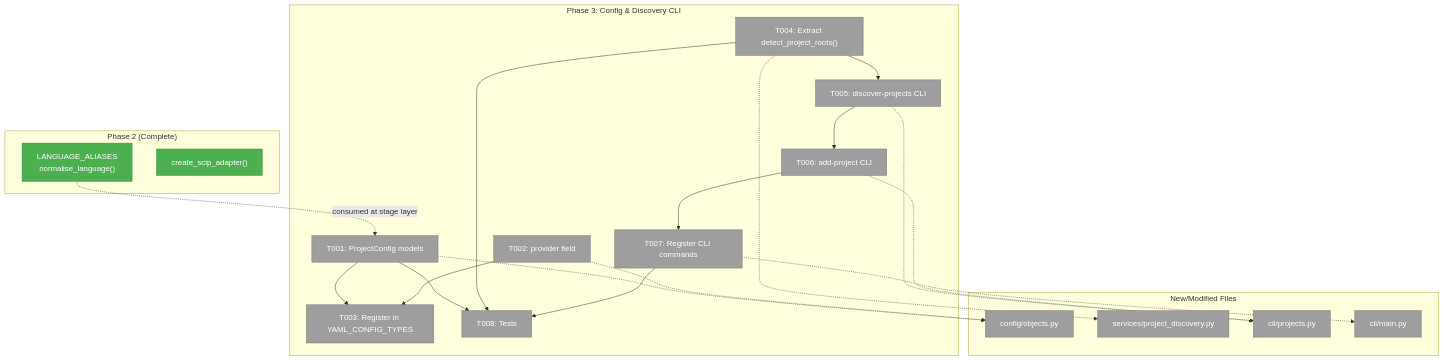
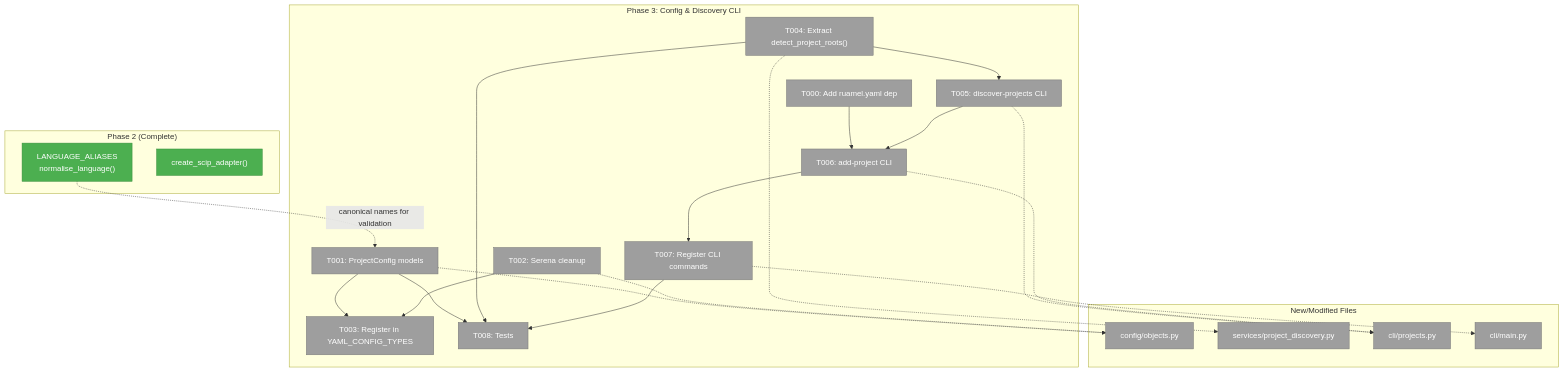
One commit to AI-Substrate/flow_squared changed the diagram in docs/plans/038-scip-cross-file-rels/tasks/phase-3-config-discovery-cli/tasks.md. Above: the diagram before and after it, drawn with Mermaid. The commit also changed other lines of this file and 1 other file, not shown here.

````diff
--- a/docs/plans/038-scip-cross-file-rels/tasks/phase-3-config-discovery-cli/tasks.md
+++ b/docs/plans/038-scip-cross-file-rels/tasks/phase-3-config-discovery-cli/tasks.md
@@ -91,45 +93,47 @@
 ```mermaid
 flowchart TD
     classDef pending fill:#9E9E9E,stroke:#757575,color:#fff
     classDef completed fill:#4CAF50,stroke:#388E3C,color:#fff
 
     subgraph Phase2["Phase 2 (Complete)"]
         ALIASES["LANGUAGE_ALIASES\nnormalise_language()"]:::completed
         FACTORY["create_scip_adapter()"]:::completed
     end
 
     subgraph Phase3["Phase 3: Config & Discovery CLI"]
+        T000["T000: Add ruamel.yaml dep"]:::pending
         T001["T001: ProjectConfig models"]:::pending
-        T002["T002: provider field"]:::pending
+        T002["T002: Serena cleanup"]:::pending
         T003["T003: Register in YAML_CONFIG_TYPES"]:::pending
         T004["T004: Extract detect_project_roots()"]:::pending
         T005["T005: discover-projects CLI"]:::pending
         T006["T006: add-project CLI"]:::pending
         T007["T007: Register CLI commands"]:::pending
         T008["T008: Tests"]:::pending
 
+        T000 --> T006
         T001 --> T003
         T002 --> T003
         T004 --> T005
         T005 --> T006
         T006 --> T007
         T001 --> T008
         T004 --> T008
         T007 --> T008
     end
 
     subgraph Files["New/Modified Files"]
         F1["config/objects.py"]:::pending
         F2["services/project_discovery.py"]:::pending
         F3["cli/projects.py"]:::pending
         F4["cli/main.py"]:::pending
     end
 
-    ALIASES -.->|"consumed at stage layer"| T001
+    ALIASES -.->|"canonical names for validation"| T001
     T001 -.-> F1
     T002 -.-> F1
     T004 -.-> F2
     T005 -.-> F3
     T006 -.-> F3
     T007 -.-> F4
 ```
````
